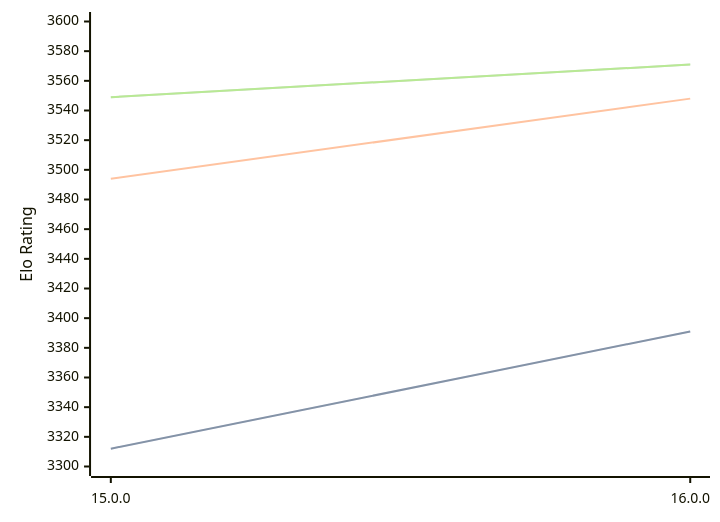
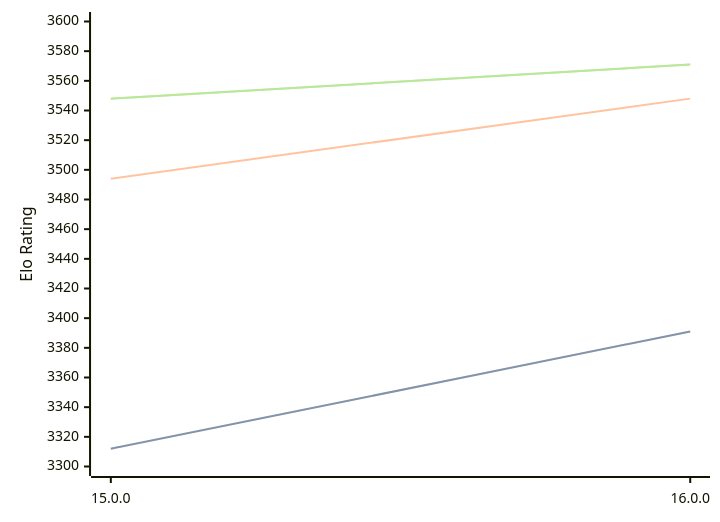
The diagram in engines/Halogen.md (computer-chess-index/cci), drawn with Mermaid before and after one commit. The commit also changed other lines of this file, not shown here.

Commit message:
Update CCI Ratings (ELO VLTC) - 2026-03-24

````diff
--- a/engines/Halogen.md
+++ b/engines/Halogen.md
@@ -50,11 +50,11 @@
 ```mermaid
 %%{init: {"theme":"base","themeVariables":{"seriesColors:['#a3a3a3','#222221','#faa371']}}}%%
 xychart-beta
   x-axis ["15.0.0", "16.0.0"]
   y-axis "Elo Rating" 3300 --> 3600
   line "STC (8.0+0.08s)" [3312, 3391]
   line "STC (8.0+0.08s)" [3312, 3391]
   line "LTC (60.0+0.60s)" [3494, 3548]
-  line "VLTC (2m24s+1.12s)" [3549, 3571]
-  line "VLTC (2m24s+1.12s)" [3549, 3571]
+  line "VLTC (2m24s+1.12s)" [3548, 3571]
+  line "VLTC (2m24s+1.12s)" [3548, 3571]
 ```
````
